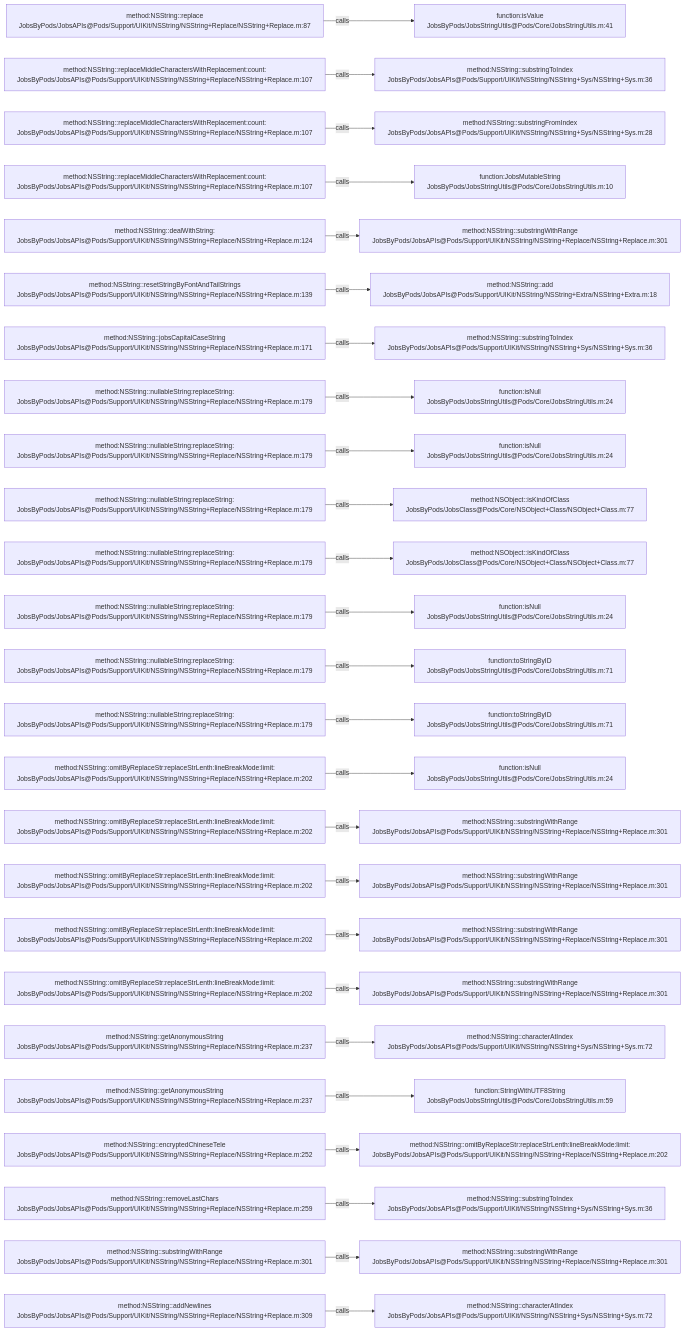
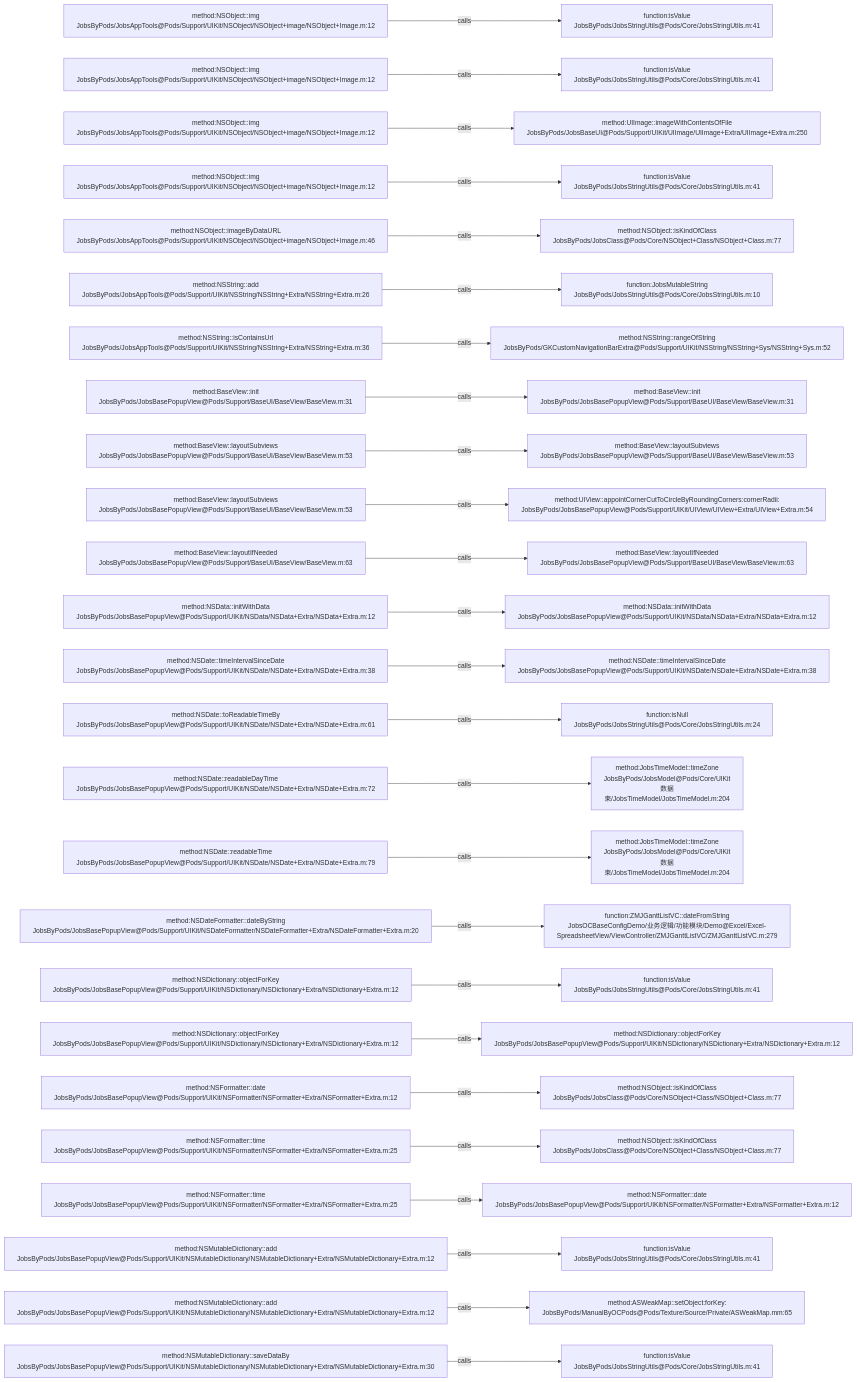
Before and after one commit to JobsKits/JobsOCBaseConfigDemo: the diagram in .codegraph/codegraph.md/graphs/calls-017.md, drawn with Mermaid. The commit also changed 1026 other files, not shown here.

````diff
--- a/.codegraph/codegraph.md/graphs/calls-017.md
+++ b/.codegraph/codegraph.md/graphs/calls-017.md
@@ -13,78 +13,78 @@
 ```mermaid
 flowchart LR
-  S1["method:NSString::replace<br/>JobsByPods/JobsAPIs@Pods/Support/UIKit/NSString/NSString+Replace/NSString+Replace.m:87"]
+  S1["method:NSObject::img<br/>JobsByPods/JobsAppTools@Pods/Support/UIKit/NSObject/NSObject+image/NSObject+Image.m:12"]
   T1["function:isValue<br/>JobsByPods/JobsStringUtils@Pods/Core/JobsStringUtils.m:41"]
   S1 -->|calls| T1
-  S2["method:NSString::replaceMiddleCharactersWithReplacement:count:<br/>JobsByPods/JobsAPIs@Pods/Support/UIKit/NSString/NSString+Replace/NSString+Replace.m:107"]
-  T2["method:NSString::substringToIndex<br/>JobsByPods/JobsAPIs@Pods/Support/UIKit/NSString/NSString+Sys/NSString+Sys.m:36"]
+  S2["method:NSObject::img<br/>JobsByPods/JobsAppTools@Pods/Support/UIKit/NSObject/NSObject+image/NSObject+Image.m:12"]
+  T2["function:isValue<br/>JobsByPods/JobsStringUtils@Pods/Core/JobsStringUtils.m:41"]
   S2 -->|calls| T2
-  S3["method:NSString::replaceMiddleCharactersWithReplacement:count:<br/>JobsByPods/JobsAPIs@Pods/Support/UIKit/NSString/NSString+Replace/NSString+Replace.m:107"]
-  T3["method:NSString::substringFromIndex<br/>JobsByPods/JobsAPIs@Pods/Support/UIKit/NSString/NSString+Sys/NSString+Sys.m:28"]
+  S3["method:NSObject::img<br/>JobsByPods/JobsAppTools@Pods/Support/UIKit/NSObject/NSObject+image/NSObject+Image.m:12"]
+  T3["method:UIImage::imageWithContentsOfFile<br/>JobsByPods/JobsBaseUI@Pods/Support/UIKit/UIImage/UIImage+Extra/UIImage+Extra.m:250"]
   S3 -->|calls| T3
-  S4["method:NSString::replaceMiddleCharactersWithReplacement:count:<br/>JobsByPods/JobsAPIs@Pods/Support/UIKit/NSString/NSString+Replace/NSString+Replace.m:107"]
-  T4["function:JobsMutableString<br/>JobsByPods/JobsStringUtils@Pods/Core/JobsStringUtils.m:10"]
+  S4["method:NSObject::img<br/>JobsByPods/JobsAppTools@Pods/Support/UIKit/NSObject/NSObject+image/NSObject+Image.m:12"]
+  T4["function:isValue<br/>JobsByPods/JobsStringUtils@Pods/Core/JobsStringUtils.m:41"]
   S4 -->|calls| T4
-  S5["method:NSString::dealWithString:<br/>JobsByPods/JobsAPIs@Pods/Support/UIKit/NSString/NSString+Replace/NSString+Replace.m:124"]
-  T5["method:NSString::substringWithRange<br/>JobsByPods/JobsAPIs@Pods/Support/UIKit/NSString/NSString+Replace/NSString+Replace.m:301"]
+  S5["method:NSObject::imageByDataURL<br/>JobsByPods/JobsAppTools@Pods/Support/UIKit/NSObject/NSObject+image/NSObject+Image.m:46"]
+  T5["method:NSObject::isKindOfClass<br/>JobsByPods/JobsClass@Pods/Core/NSObject+Class/NSObject+Class.m:77"]
   S5 -->|calls| T5
-  S6["method:NSString::resetStringByFontAndTailStrings<br/>JobsByPods/JobsAPIs@Pods/Support/UIKit/NSString/NSString+Replace/NSString+Replace.m:139"]
-  T6["method:NSString::add<br/>JobsByPods/JobsAPIs@Pods/Support/UIKit/NSString/NSString+Extra/NSString+Extra.m:18"]
+  S6["method:NSString::add<br/>JobsByPods/JobsAppTools@Pods/Support/UIKit/NSString/NSString+Extra/NSString+Extra.m:26"]
+  T6["function:JobsMutableString<br/>JobsByPods/JobsStringUtils@Pods/Core/JobsStringUtils.m:10"]
   S6 -->|calls| T6
-  S7["method:NSString::jobsCapitalCaseString<br/>JobsByPods/JobsAPIs@Pods/Support/UIKit/NSString/NSString+Replace/NSString+Replace.m:171"]
-  T7["method:NSString::substringToIndex<br/>JobsByPods/JobsAPIs@Pods/Support/UIKit/NSString/NSString+Sys/NSString+Sys.m:36"]
+  S7["method:NSString::isContainsUrl<br/>JobsByPods/JobsAppTools@Pods/Support/UIKit/NSString/NSString+Extra/NSString+Extra.m:36"]
+  T7["method:NSString::rangeOfString<br/>JobsByPods/GKCustomNavigationBarExtra@Pods/Support/UIKit/NSString/NSString+Sys/NSString+Sys.m:52"]
   S7 -->|calls| T7
-  S8["method:NSString::nullableString:replaceString:<br/>JobsByPods/JobsAPIs@Pods/Support/UIKit/NSString/NSString+Replace/NSString+Replace.m:179"]
-  T8["function:isNull<br/>JobsByPods/JobsStringUtils@Pods/Core/JobsStringUtils.m:24"]
+  S8["method:BaseView::init<br/>JobsByPods/JobsBasePopupView@Pods/Support/BaseUI/BaseView/BaseView.m:31"]
+  T8["method:BaseView::init<br/>JobsByPods/JobsBasePopupView@Pods/Support/BaseUI/BaseView/BaseView.m:31"]
   S8 -->|calls| T8
-  S9["method:NSString::nullableString:replaceString:<br/>JobsByPods/JobsAPIs@Pods/Support/UIKit/NSString/NSString+Replace/NSString+Replace.m:179"]
-  T9["function:isNull<br/>JobsByPods/JobsStringUtils@Pods/Core/JobsStringUtils.m:24"]
+  S9["method:BaseView::layoutSubviews<br/>JobsByPods/JobsBasePopupView@Pods/Support/BaseUI/BaseView/BaseView.m:53"]
+  T9["method:BaseView::layoutSubviews<br/>JobsByPods/JobsBasePopupView@Pods/Support/BaseUI/BaseView/BaseView.m:53"]
   S9 -->|calls| T9
-  S10["method:NSString::nullableString:replaceString:<br/>JobsByPods/JobsAPIs@Pods/Support/UIKit/NSString/NSString+Replace/NSString+Replace.m:179"]
-  T10["method:NSObject::isKindOfClass<br/>JobsByPods/JobsClass@Pods/Core/NSObject+Class/NSObject+Class.m:77"]
+  S10["method:BaseView::layoutSubviews<br/>JobsByPods/JobsBasePopupView@Pods/Support/BaseUI/BaseView/BaseView.m:53"]
+  T10["method:UIView::appointCornerCutToCircleByRoundingCorners:cornerRadii:<br/>JobsByPods/JobsBasePopupView@Pods/Support/UIKit/UIView/UIView+Extra/UIView+Extra.m:54"]
   S10 -->|calls| T10
-  S11["method:NSString::nullableString:replaceString:<br/>JobsByPods/JobsAPIs@Pods/Support/UIKit/NSString/NSString+Replace/NSString+Replace.m:179"]
-  T11["method:NSObject::isKindOfClass<br/>JobsByPods/JobsClass@Pods/Core/NSObject+Class/NSObject+Class.m:77"]
+  S11["method:BaseView::layoutIfNeeded<br/>JobsByPods/JobsBasePopupView@Pods/Support/BaseUI/BaseView/BaseView.m:63"]
+  T11["method:BaseView::layoutIfNeeded<br/>JobsByPods/JobsBasePopupView@Pods/Support/BaseUI/BaseView/BaseView.m:63"]
   S11 -->|calls| T11
-  S12["method:NSString::nullableString:replaceString:<br/>JobsByPods/JobsAPIs@Pods/Support/UIKit/NSString/NSString+Replace/NSString+Replace.m:179"]
-  T12["function:isNull<br/>JobsByPods/JobsStringUtils@Pods/Core/JobsStringUtils.m:24"]
+  S12["method:NSData::initWithData<br/>JobsByPods/JobsBasePopupView@Pods/Support/UIKit/NSData/NSData+Extra/NSData+Extra.m:12"]
+  T12["method:NSData::initWithData<br/>JobsByPods/JobsBasePopupView@Pods/Support/UIKit/NSData/NSData+Extra/NSData+Extra.m:12"]
   S12 -->|calls| T12
-  S13["method:NSString::nullableString:replaceString:<br/>JobsByPods/JobsAPIs@Pods/Support/UIKit/NSString/NSString+Replace/NSString+Replace.m:179"]
-  T13["function:toStringByID<br/>JobsByPods/JobsStringUtils@Pods/Core/JobsStringUtils.m:71"]
+  S13["method:NSDate::timeIntervalSinceDate<br/>JobsByPods/JobsBasePopupView@Pods/Support/UIKit/NSDate/NSDate+Extra/NSDate+Extra.m:38"]
+  T13["method:NSDate::timeIntervalSinceDate<br/>JobsByPods/JobsBasePopupView@Pods/Support/UIKit/NSDate/NSDate+Extra/NSDate+Extra.m:38"]
   S13 -->|calls| T13
-  S14["method:NSString::nullableString:replaceString:<br/>JobsByPods/JobsAPIs@Pods/Support/UIKit/NSString/NSString+Replace/NSString+Replace.m:179"]
-  T14["function:toStringByID<br/>JobsByPods/JobsStringUtils@Pods/Core/JobsStringUtils.m:71"]
+  S14["method:NSDate::toReadableTimeBy<br/>JobsByPods/JobsBasePopupView@Pods/Support/UIKit/NSDate/NSDate+Extra/NSDate+Extra.m:61"]
+  T14["function:isNull<br/>JobsByPods/JobsStringUtils@Pods/Core/JobsStringUtils.m:24"]
   S14 -->|calls| T14
-  S15["method:NSString::omitByReplaceStr:replaceStrLenth:lineBreakMode:limit:<br/>JobsByPods/JobsAPIs@Pods/Support/UIKit/NSString/NSString+Replace/NSString+Replace.m:202"]
-  T15["function:isNull<br/>JobsByPods/JobsStringUtils@Pods/Core/JobsStringUtils.m:24"]
+  S15["method:NSDate::readableDayTime<br/>JobsByPods/JobsBasePopupView@Pods/Support/UIKit/NSDate/NSDate+Extra/NSDate+Extra.m:72"]
+  T15["method:JobsTimeModel::timeZone<br/>JobsByPods/JobsModel@Pods/Core/UIKit数据束/JobsTimeModel/JobsTimeModel.m:204"]
   S15 -->|calls| T15
-  S16["method:NSString::omitByReplaceStr:replaceStrLenth:lineBreakMode:limit:<br/>JobsByPods/JobsAPIs@Pods/Support/UIKit/NSString/NSString+Replace/NSString+Replace.m:202"]
-  T16["method:NSString::substringWithRange<br/>JobsByPods/JobsAPIs@Pods/Support/UIKit/NSString/NSString+Replace/NSString+Replace.m:301"]
+  S16["method:NSDate::readableTime<br/>JobsByPods/JobsBasePopupView@Pods/Support/UIKit/NSDate/NSDate+Extra/NSDate+Extra.m:79"]
+  T16["method:JobsTimeModel::timeZone<br/>JobsByPods/JobsModel@Pods/Core/UIKit数据束/JobsTimeModel/JobsTimeModel.m:204"]
   S16 -->|calls| T16
-  S17["method:NSString::omitByReplaceStr:replaceStrLenth:lineBreakMode:limit:<br/>JobsByPods/JobsAPIs@Pods/Support/UIKit/NSString/NSString+Replace/NSString+Replace.m:202"]
-  T17["method:NSString::substringWithRange<br/>JobsByPods/JobsAPIs@Pods/Support/UIKit/NSString/NSString+Replace/NSString+Replace.m:301"]
+  S17["method:NSDateFormatter::dateByString<br/>JobsByPods/JobsBasePopupView@Pods/Support/UIKit/NSDateFormatter/NSDateFormatter+Extra/NSDateFormatter+Extra.m:20"]
+  T17["function:ZMJGanttListVC::dateFromString<br/>JobsOCBaseConfigDemo/业务逻辑/功能模块/Demo@Excel/Excel-SpreadsheetView/ViewController/ZMJGanttListVC/ZMJGanttListVC.m:279"]
   S17 -->|calls| T17
-  S18["method:NSString::omitByReplaceStr:replaceStrLenth:lineBreakMode:limit:<br/>JobsByPods/JobsAPIs@Pods/Support/UIKit/NSString/NSString+Replace/NSString+Replace.m:202"]
-  T18["method:NSString::substringWithRange<br/>JobsByPods/JobsAPIs@Pods/Support/UIKit/NSString/NSString+Replace/NSString+Replace.m:301"]
+  S18["method:NSDictionary::objectForKey<br/>JobsByPods/JobsBasePopupView@Pods/Support/UIKit/NSDictionary/NSDictionary+Extra/NSDictionary+Extra.m:12"]
+  T18["function:isValue<br/>JobsByPods/JobsStringUtils@Pods/Core/JobsStringUtils.m:41"]
   S18 -->|calls| T18
-  S19["method:NSString::omitByReplaceStr:replaceStrLenth:lineBreakMode:limit:<br/>JobsByPods/JobsAPIs@Pods/Support/UIKit/NSString/NSString+Replace/NSString+Replace.m:202"]
-  T19["method:NSString::substringWithRange<br/>JobsByPods/JobsAPIs@Pods/Support/UIKit/NSString/NSString+Replace/NSString+Replace.m:301"]
+  S19["method:NSDictionary::objectForKey<br/>JobsByPods/JobsBasePopupView@Pods/Support/UIKit/NSDictionary/NSDictionary+Extra/NSDictionary+Extra.m:12"]
+  T19["method:NSDictionary::objectForKey<br/>JobsByPods/JobsBasePopupView@Pods/Support/UIKit/NSDictionary/NSDictionary+Extra/NSDictionary+Extra.m:12"]
   S19 -->|calls| T19
-  S20["method:NSString::getAnonymousString<br/>JobsByPods/JobsAPIs@Pods/Support/UIKit/NSString/NSString+Replace/NSString+Replace.m:237"]
-  T20["method:NSString::characterAtIndex<br/>JobsByPods/JobsAPIs@Pods/Support/UIKit/NSString/NSString+Sys/NSString+Sys.m:72"]
+  S20["method:NSFormatter::date<br/>JobsByPods/JobsBasePopupView@Pods/Support/UIKit/NSFormatter/NSFormatter+Extra/NSFormatter+Extra.m:12"]
+  T20["method:NSObject::isKindOfClass<br/>JobsByPods/JobsClass@Pods/Core/NSObject+Class/NSObject+Class.m:77"]
   S20 -->|calls| T20
-  S21["method:NSString::getAnonymousString<br/>JobsByPods/JobsAPIs@Pods/Support/UIKit/NSString/NSString+Replace/NSString+Replace.m:237"]
-  T21["function:StringWithUTF8String<br/>JobsByPods/JobsStringUtils@Pods/Core/JobsStringUtils.m:59"]
+  S21["method:NSFormatter::time<br/>JobsByPods/JobsBasePopupView@Pods/Support/UIKit/NSFormatter/NSFormatter+Extra/NSFormatter+Extra.m:25"]
+  T21["method:NSObject::isKindOfClass<br/>JobsByPods/JobsClass@Pods/Core/NSObject+Class/NSObject+Class.m:77"]
   S21 -->|calls| T21
-  S22["method:NSString::encryptedChineseTele<br/>JobsByPods/JobsAPIs@Pods/Support/UIKit/NSString/NSString+Replace/NSString+Replace.m:252"]
-  T22["method:NSString::omitByReplaceStr:replaceStrLenth:lineBreakMode:limit:<br/>JobsByPods/JobsAPIs@Pods/Support/UIKit/NSString/NSString+Replace/NSString+Replace.m:202"]
+  S22["method:NSFormatter::time<br/>JobsByPods/JobsBasePopupView@Pods/Support/UIKit/NSFormatter/NSFormatter+Extra/NSFormatter+Extra.m:25"]
+  T22["method:NSFormatter::date<br/>JobsByPods/JobsBasePopupView@Pods/Support/UIKit/NSFormatter/NSFormatter+Extra/NSFormatter+Extra.m:12"]
   S22 -->|calls| T22
-  S23["method:NSString::removeLastChars<br/>JobsByPods/JobsAPIs@Pods/Support/UIKit/NSString/NSString+Replace/NSString+Replace.m:259"]
-  T23["method:NSString::substringToIndex<br/>JobsByPods/JobsAPIs@Pods/Support/UIKit/NSString/NSString+Sys/NSString+Sys.m:36"]
+  S23["method:NSMutableDictionary::add<br/>JobsByPods/JobsBasePopupView@Pods/Support/UIKit/NSMutableDictionary/NSMutableDictionary+Extra/NSMutableDictionary+Extra.m:12"]
+  T23["function:isValue<br/>JobsByPods/JobsStringUtils@Pods/Core/JobsStringUtils.m:41"]
   S23 -->|calls| T23
-  S24["method:NSString::substringWithRange<br/>JobsByPods/JobsAPIs@Pods/Support/UIKit/NSString/NSString+Replace/NSString+Replace.m:301"]
-  T24["method:NSString::substringWithRange<br/>JobsByPods/JobsAPIs@Pods/Support/UIKit/NSString/NSString+Replace/NSString+Replace.m:301"]
+  S24["method:NSMutableDictionary::add<br/>JobsByPods/JobsBasePopupView@Pods/Support/UIKit/NSMutableDictionary/NSMutableDictionary+Extra/NSMutableDictionary+Extra.m:12"]
+  T24["method:ASWeakMap::setObject:forKey:<br/>JobsByPods/ManualByOCPods@Pods/Texture/Source/Private/ASWeakMap.mm:65"]
   S24 -->|calls| T24
-  S25["method:NSString::addNewlines<br/>JobsByPods/JobsAPIs@Pods/Support/UIKit/NSString/NSString+Replace/NSString+Replace.m:309"]
-  T25["method:NSString::characterAtIndex<br/>JobsByPods/JobsAPIs@Pods/Support/UIKit/NSString/NSString+Sys/NSString+Sys.m:72"]
+  S25["method:NSMutableDictionary::saveDataBy<br/>JobsByPods/JobsBasePopupView@Pods/Support/UIKit/NSMutableDictionary/NSMutableDictionary+Extra/NSMutableDictionary+Extra.m:30"]
+  T25["function:isValue<br/>JobsByPods/JobsStringUtils@Pods/Core/JobsStringUtils.m:41"]
   S25 -->|calls| T25
 ```
````
